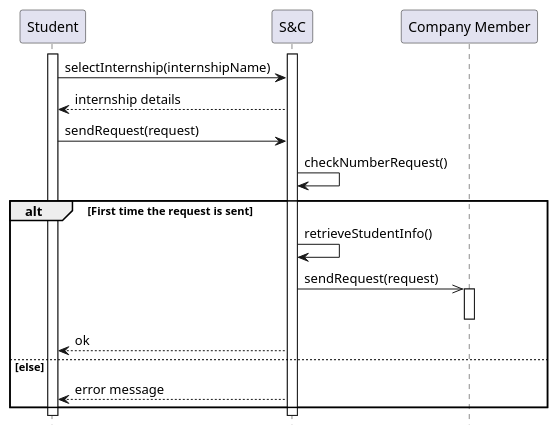
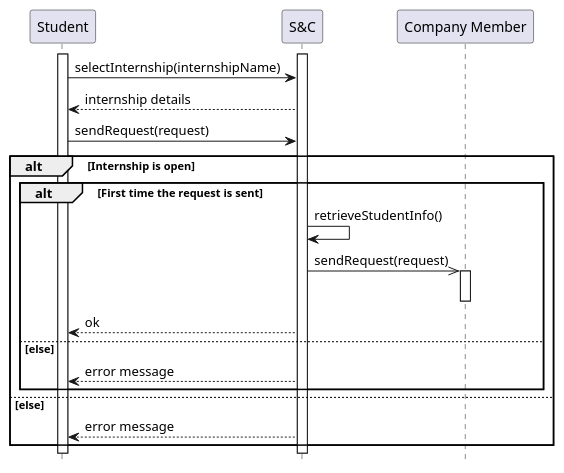
Before and after one commit to matti8702/R_and_DD_project_SE2: the diagram in RASD/Specific_requirements/uml_diagrams/UC16_diagram.puml, drawn with PlantUML. The commit also changed 6 other files, not shown here.

```diff
--- a/RASD/Specific_requirements/uml_diagrams/UC16_diagram.puml
+++ b/RASD/Specific_requirements/uml_diagrams/UC16_diagram.puml
@@ -1,23 +1,26 @@
 @startuml UC16_diagram
 hide footbox
 
 participant "Student" as ST
 participant "S&C" AS S
 participant "Company Member" as CM
 
 activate ST
 activate S
 ST -> S: selectInternship(internshipName)
 S --> ST: internship details
 ST -> S: sendRequest(request)
-S -> S:  checkNumberRequest()
-alt First time the request is sent
-    S -> S: retrieveStudentInfo()
-    S ->> CM : sendRequest(request)
-    activate CM
-    deactivate CM
-    S --> ST : ok
+alt Internship is open
+    alt First time the request is sent
+        S -> S: retrieveStudentInfo()
+        S ->> CM : sendRequest(request)
+        activate CM
+        deactivate CM
+        S --> ST : ok
+    else else
+        S --> ST: error message
+    end
 else else
     S --> ST: error message
 end
 @enduml
```
